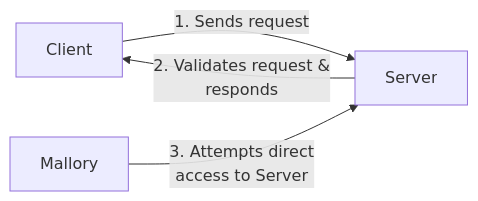
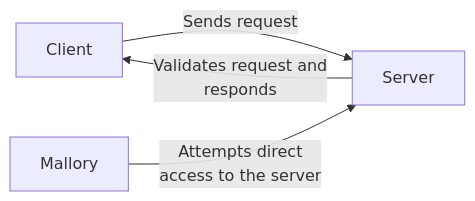
Before and after one commit to ouspg/CyberSecurityTesting101: the first of 2 diagrams in 5.DataInputSecurity/README.md, drawn with Mermaid. The commit also changed other lines of this file, not shown here.

````diff
--- a/5.DataInputSecurity/README.md
+++ b/5.DataInputSecurity/README.md
@@ -154,6 +158,8 @@
 ```mermaid
 graph LR
-    client[Client] -- "1. Sends request" --> server[Server]
-    server -- "2. Validates request &\nresponds" --> client
-    mallory[Mallory] -- "3. Attempts direct\naccess to Server" --> server
+    client[Client] -- "Sends request" --> server[Server]
+    server -- "Validates request and
+    responds" --> client
+    mallory[Mallory] -- "Attempts direct
+    access to the server" --> server
 ```
````
